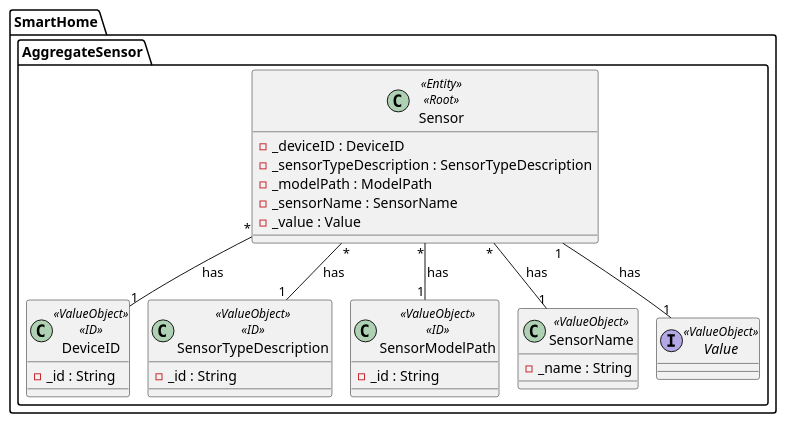
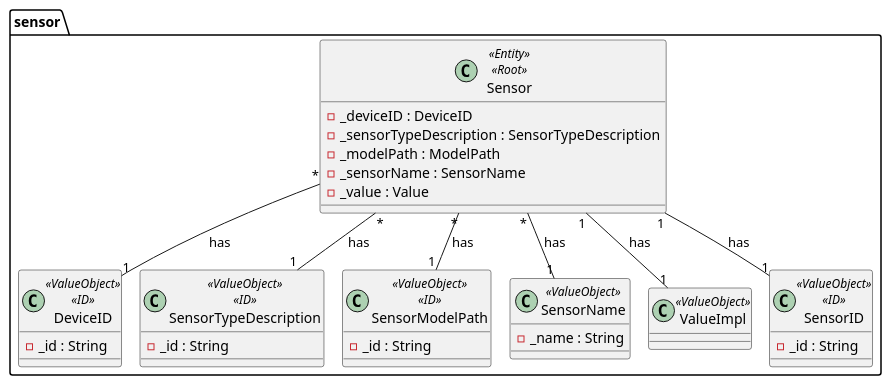
The diagram in docs/ooa/4.agreggateModels/Sensor.puml (olivDiogo/SmartHome), drawn with PlantUML before and after one commit. The commit also changed 11 other files, not shown here.

```diff
--- a/docs/ooa/4.agreggateModels/Sensor.puml
+++ b/docs/ooa/4.agreggateModels/Sensor.puml
@@ -1,41 +1,43 @@
 @startuml
 'https://plantuml.com/class-diagram
 !pragma layout smetana
 
-package SmartHome.AggregateSensor {
+package sensor {
     class Sensor <<Entity>> <<Root>> {
         - _deviceID : DeviceID
         - _sensorTypeDescription : SensorTypeDescription
         - _modelPath : ModelPath
         - _sensorName : SensorName
         - _value : Value
     }
-}
-
-package SmartHome.AggregateSensor {
     class DeviceID <<ValueObject>> <<ID>> {
         - _id : String
     }
 
     class SensorTypeDescription <<ValueObject>> <<ID>> {
         - _id : String
     }
     class SensorModelPath <<ValueObject>> <<ID>> {
         - _id : String
     }
 
     class SensorName <<ValueObject>> {
         - _name : String
     }
 
-    interface Value <<ValueObject>>{
+    class ValueImpl <<ValueObject>>{
+    }
+
+    class SensorID <<ValueObject>> <<ID>> {
+        - _id : String
     }
 }
 
 Sensor "*" -- "1" SensorTypeDescription : has
 Sensor "*" -- "1" SensorModelPath : has
-Sensor "1" -- "1" Value : has
+Sensor "1" -- "1" ValueImpl : has
 Sensor "*" -- "1" DeviceID : has
 Sensor "*" -- "1" SensorName : has
+Sensor "1" -- "1" SensorID : has
 
 @enduml
```
